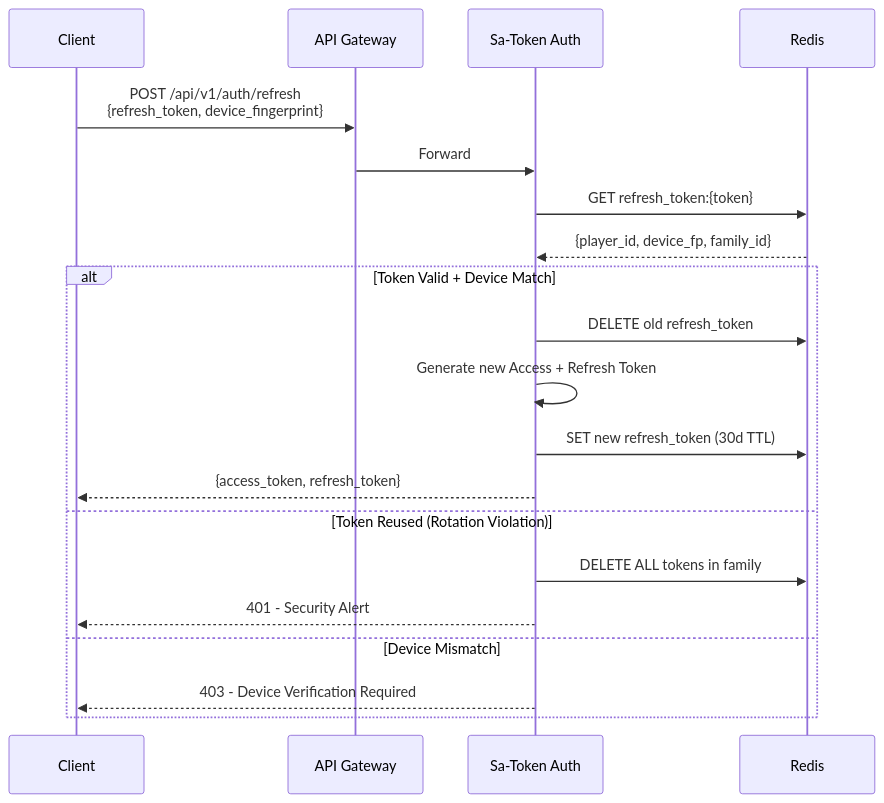
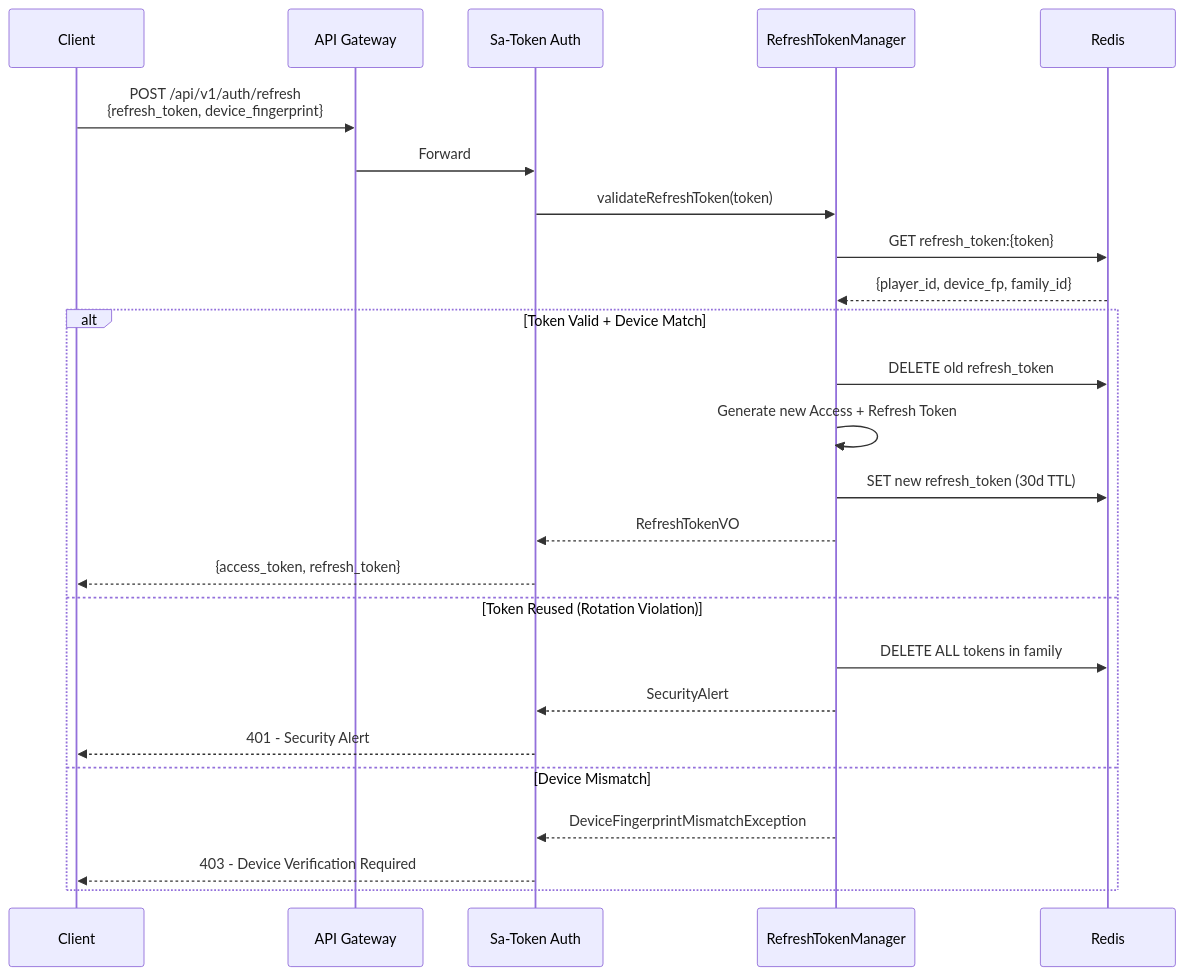
The second of 3 diagrams in docs/iGaming/architecture/09_Infrastructure/OAuth_Refresh_Token.md (ron03wlb/smart-admin), drawn with Mermaid before and after one commit. The commit also changed other lines of this file and 26 other files, not shown here.

First line of the commit message:
docs(iGaming): add cross-references and content enhancements for 27 architecture/requirements files

````diff
--- a/docs/iGaming/architecture/09_Infrastructure/OAuth_Refresh_Token.md
+++ b/docs/iGaming/architecture/09_Infrastructure/OAuth_Refresh_Token.md
@@ -76,24 +109,29 @@
 ```mermaid
 sequenceDiagram
     participant C as Client
     participant GW as API Gateway
     participant SA as Sa-Token Auth
+    participant RTM as RefreshTokenManager
     participant R as Redis
 
     C->>GW: POST /api/v1/auth/refresh<br/>{refresh_token, device_fingerprint}
     GW->>SA: Forward
-    SA->>R: GET refresh_token:{token}
-    R-->>SA: {player_id, device_fp, family_id}
+    SA->>RTM: validateRefreshToken(token)
+    RTM->>R: GET refresh_token:{token}
+    R-->>RTM: {player_id, device_fp, family_id}
 
     alt Token Valid + Device Match
-        SA->>R: DELETE old refresh_token
-        SA->>SA: Generate new Access + Refresh Token
-        SA->>R: SET new refresh_token (30d TTL)
+        RTM->>R: DELETE old refresh_token
+        RTM->>RTM: Generate new Access + Refresh Token
+        RTM->>R: SET new refresh_token (30d TTL)
+        RTM-->>SA: RefreshTokenVO
         SA-->>C: {access_token, refresh_token}
     else Token Reused (Rotation Violation)
-        SA->>R: DELETE ALL tokens in family
+        RTM->>R: DELETE ALL tokens in family
+        RTM-->>SA: SecurityAlert
         SA-->>C: 401 - Security Alert
     else Device Mismatch
+        RTM-->>SA: DeviceFingerprintMismatchException
         SA-->>C: 403 - Device Verification Required
     end
 ```
````
